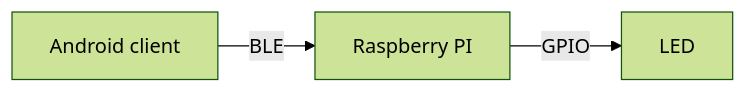
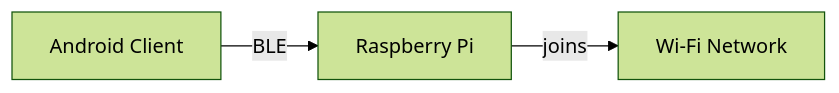
The first of 2 diagrams in README.md (emenjivar/simple-android-ble-gatt), drawn with Mermaid (forest theme) before and after one commit. The commit also changed other lines of this file, not shown here.

Commit message:
chore: Include network commissioning data in readme (#8)

````diff
--- a/README.md
+++ b/README.md
@@ -10,9 +11,9 @@
 ```mermaid
 graph LR
-android[Android client]
-raspberry[Raspberry PI]
-led[LED]
+android[Android Client]
+raspberry[Raspberry Pi]
+wifi[Wi-Fi Network]
 
 android -- BLE --> raspberry
-raspberry -- GPIO --> led
+raspberry -- joins --> wifi
 ```
````
